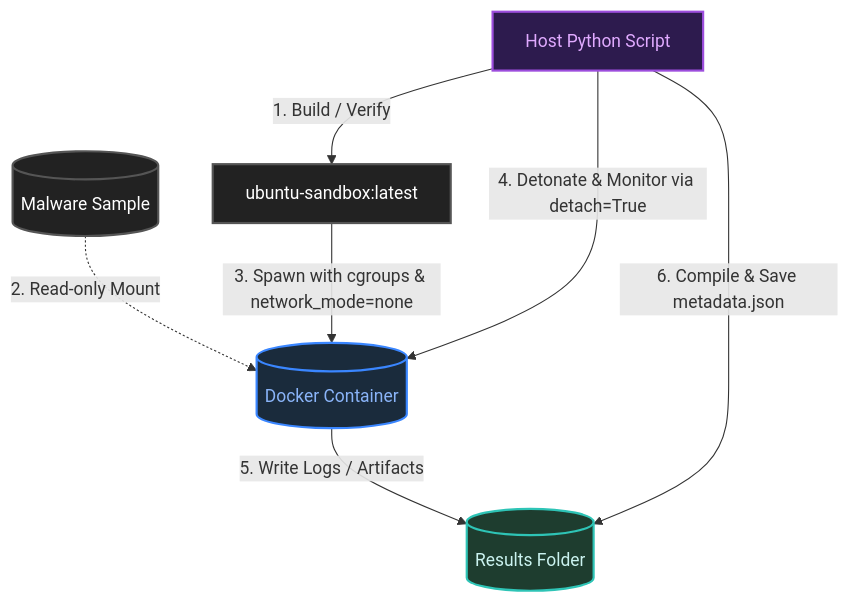
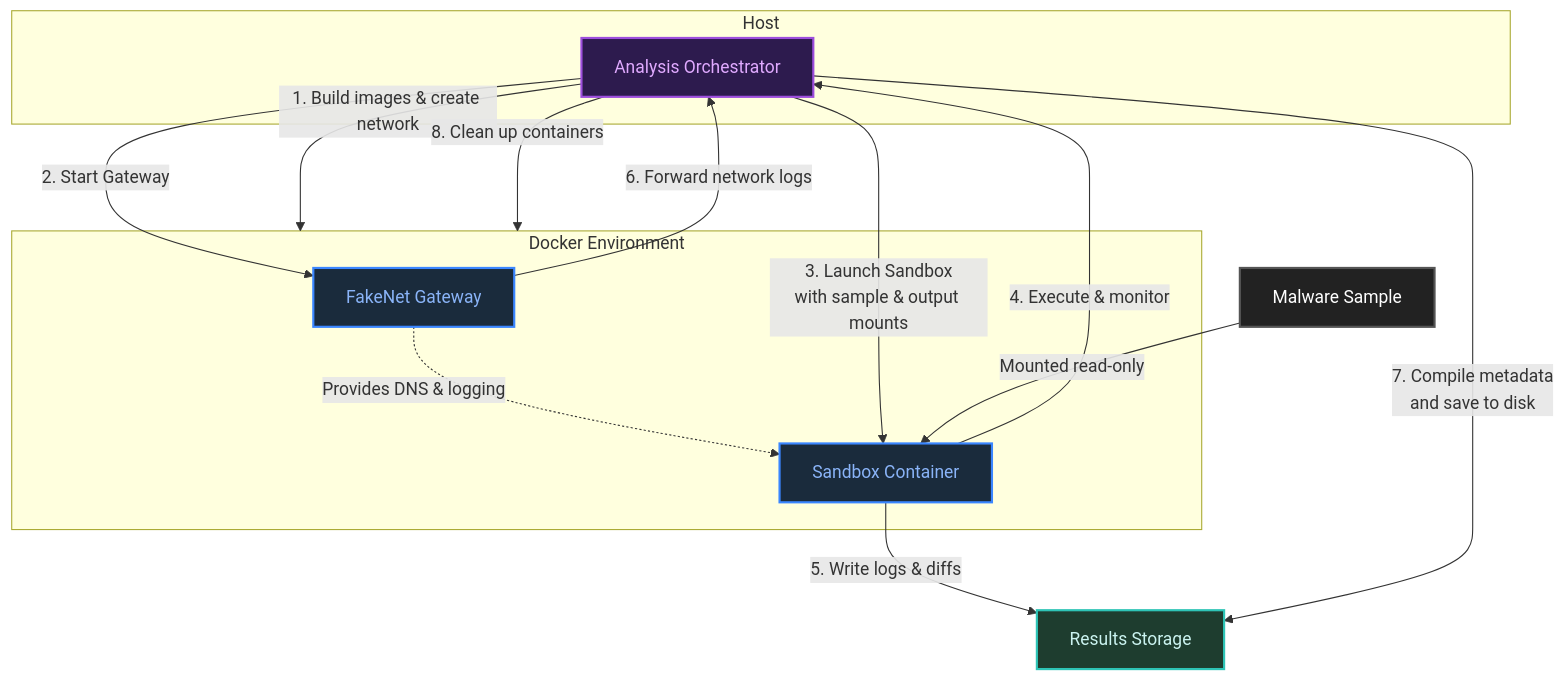
One commit to NIXON-KOH/Sandbox changed the diagram in readme.md. Above: the diagram before and after it, drawn with Mermaid. The commit also changed other lines of this file and 20 other files, not shown here.

````diff
--- a/readme.md
+++ b/readme.md
@@ -7,29 +10,38 @@
 ```mermaid
+
 graph TD
-    %% Actors / Components with Dark Mode Styling
-    Host[Host Python Script]
-    Image[ubuntu-sandbox:latest]
-    Container[(Docker Container)]
-    Malware[(Malware Sample)]
-    Storage[(Results Folder)]
+    subgraph Host["Host"]
+        Orchestrator[Analysis Orchestrator]
+    end
 
-    %% Workflow Steps
-    Host -->|1. Build / Verify| Image
-    Malware -.->|2. Read-only Mount| Container
-    Image -->|3. Spawn with cgroups & network_mode=none| Container
-    Host -->|4. Detonate & Monitor via detach=True| Container
-    Container -->|5. Write Logs / Artifacts| Storage
-    Host -->|6. Compile & Save metadata.json| Storage
+    subgraph DockerEnv["Docker Environment"]
+        Gateway[FakeNet Gateway]
+        Sandbox[Sandbox Container]
+    end
 
-    %% Dark Theme Styles
-    classDef hostStyle fill:#2d1b4e,stroke:#9d4edd,stroke-width:2px,color:#e0aaff;
-    classDef containerStyle fill:#1a2b3c,stroke:#3a86ff,stroke-width:2px,color:#8ab4f8;
-    classDef storageStyle fill:#1e3d2f,stroke:#2ec4b6,stroke-width:2px,color:#cbf3f0;
+    Malware[Malware Sample]
+    Results[Results Storage]
+
+    Orchestrator -->|1. Build images & create network| DockerEnv
+    Orchestrator -->|2. Start Gateway| Gateway
+    Gateway -.->|Provides DNS & logging| Sandbox
+    Orchestrator -->|3. Launch Sandbox<br>with sample & output mounts| Sandbox
+    Malware -->|Mounted read‑only| Sandbox
+    Sandbox -->|4. Execute & monitor | Orchestrator
+    Sandbox -->|5. Write logs & diffs| Results
+    Gateway -->|6. Forward network logs| Orchestrator
+    Orchestrator -->|7. Compile metadata<br>and save to disk| Results
+    Orchestrator -->|8. Clean up containers| DockerEnv
+
+    %% Styling
+    classDef host fill:#2d1b4e,stroke:#9d4edd,stroke-width:2px,color:#e0aaff;
+    classDef docker fill:#1a2b3c,stroke:#3a86ff,stroke-width:2px,color:#8ab4f8;
+    classDef storage fill:#1e3d2f,stroke:#2ec4b6,stroke-width:2px,color:#cbf3f0;
     classDef default fill:#222222,stroke:#555555,stroke-width:2px,color:#ffffff;
 
-    class Host hostStyle;
-    class Container,Docker containerStyle;
-    class Storage storageStyle;
-    class Image,Malware default;
+    class Orchestrator host;
+    class Network,Gateway,Sandbox docker;
+    class Results storage;
+    class Malware default;
 
 ```
````
